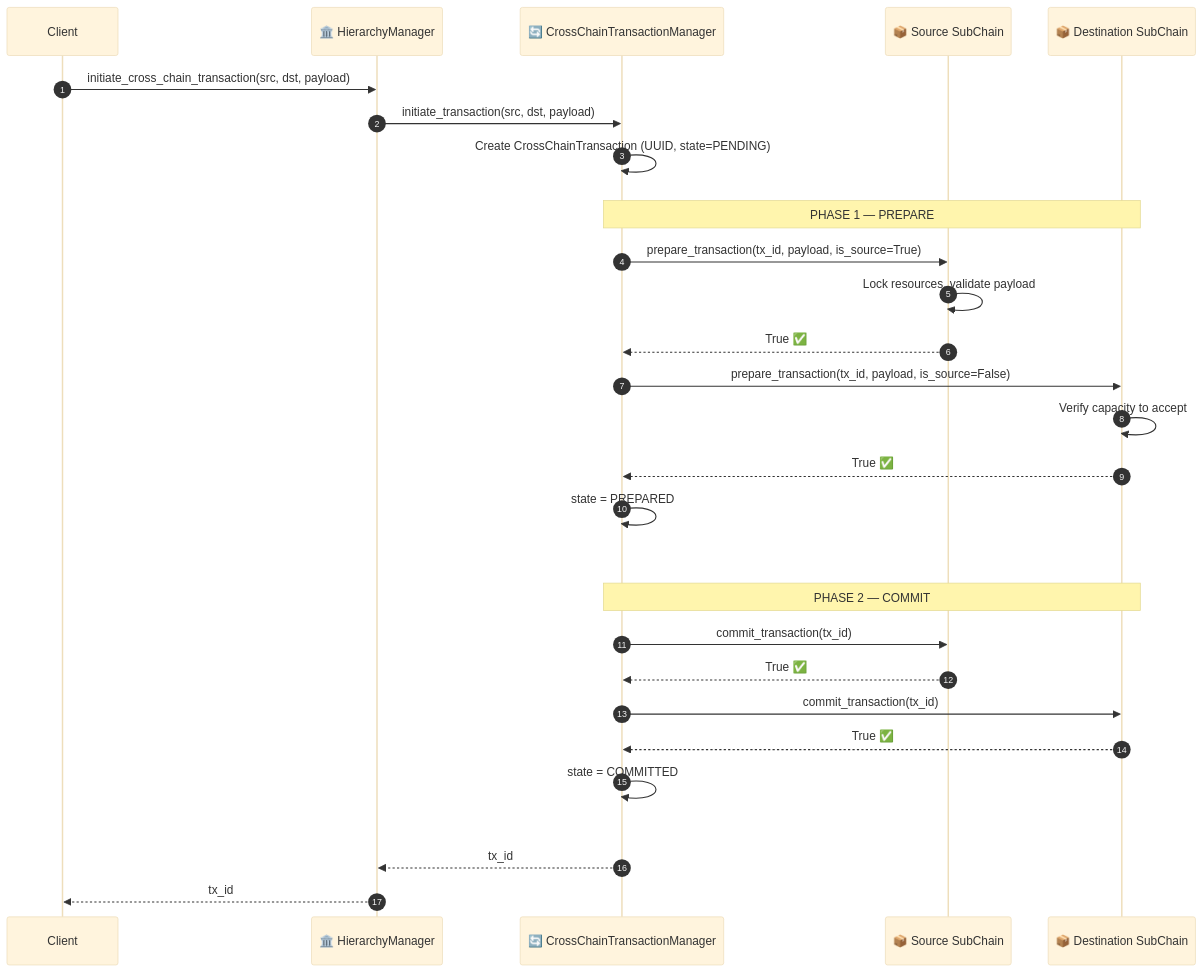
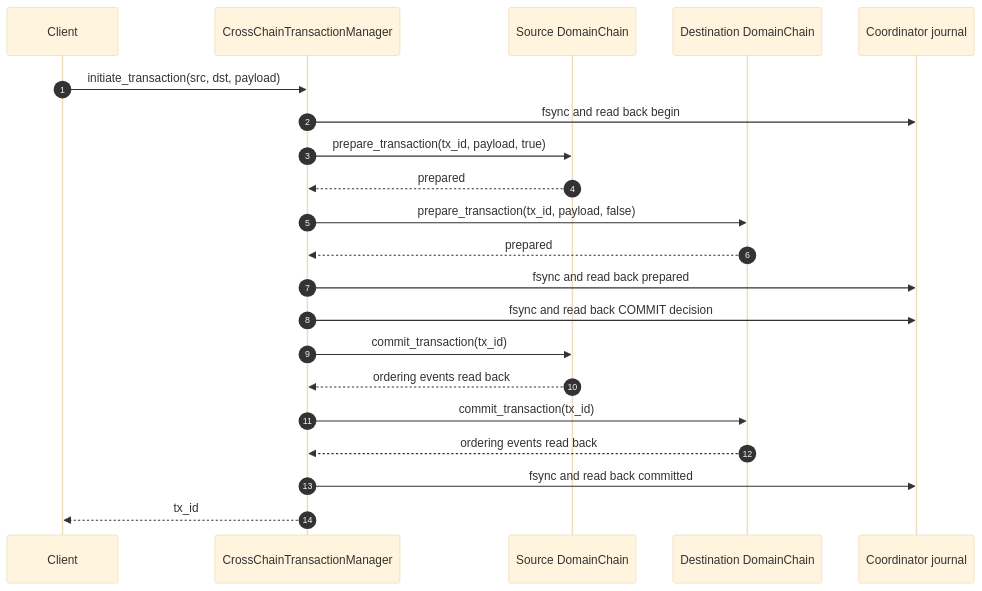
The first of 2 diagrams in docs/en/workflows/cross-chain-2pc.md (VanDung-dev/HieraChain), drawn with Mermaid (base theme) before and after one commit. The commit also changed other lines of this file and 25 other files, not shown here.

````diff
--- a/docs/en/workflows/cross-chain-2pc.md
+++ b/docs/en/workflows/cross-chain-2pc.md
@@ -19,38 +19,24 @@
 ```mermaid
 sequenceDiagram
     autonumber
-    participant Client as Client
-    participant HM as 🏛️ HierarchyManager
-    participant TM as 🔄 CrossChainTransactionManager
-    participant SRC as 📦 Source SubChain
-    participant DST as 📦 Destination SubChain
+    participant Client
+    participant TM as CrossChainTransactionManager
+    participant SRC as Source DomainChain
+    participant DST as Destination DomainChain
+    participant CJ as Coordinator journal
 
-    Client->>HM: initiate_cross_chain_transaction(src, dst, payload)
-    HM->>TM: initiate_transaction(src, dst, payload)
-    TM->>TM: Create CrossChainTransaction (UUID, state=PENDING)
-
-    rect rgb(0, 0, 0, 0)
-        Note over TM,DST: PHASE 1 — PREPARE
-        TM->>SRC: prepare_transaction(tx_id, payload, is_source=True)
-        SRC->>SRC: Lock resources, validate payload
-        SRC-->>TM: True ✅
-
-        TM->>DST: prepare_transaction(tx_id, payload, is_source=False)
-        DST->>DST: Verify capacity to accept
-        DST-->>TM: True ✅
-
-        TM->>TM: state = PREPARED
-    end
-
-    rect rgb(0, 0, 0, 0)
-        Note over TM,DST: PHASE 2 — COMMIT
-        TM->>SRC: commit_transaction(tx_id)
-        SRC-->>TM: True ✅
-        TM->>DST: commit_transaction(tx_id)
-        DST-->>TM: True ✅
-        TM->>TM: state = COMMITTED
-    end
-
-    TM-->>HM: tx_id
-    HM-->>Client: tx_id
+    Client->>TM: initiate_transaction(src, dst, payload)
+    TM->>CJ: fsync and read back begin
+    TM->>SRC: prepare_transaction(tx_id, payload, true)
+    SRC-->>TM: prepared
+    TM->>DST: prepare_transaction(tx_id, payload, false)
+    DST-->>TM: prepared
+    TM->>CJ: fsync and read back prepared
+    TM->>CJ: fsync and read back COMMIT decision
+    TM->>SRC: commit_transaction(tx_id)
+    SRC-->>TM: ordering events read back
+    TM->>DST: commit_transaction(tx_id)
+    DST-->>TM: ordering events read back
+    TM->>CJ: fsync and read back committed
+    TM-->>Client: tx_id
 ```
````
